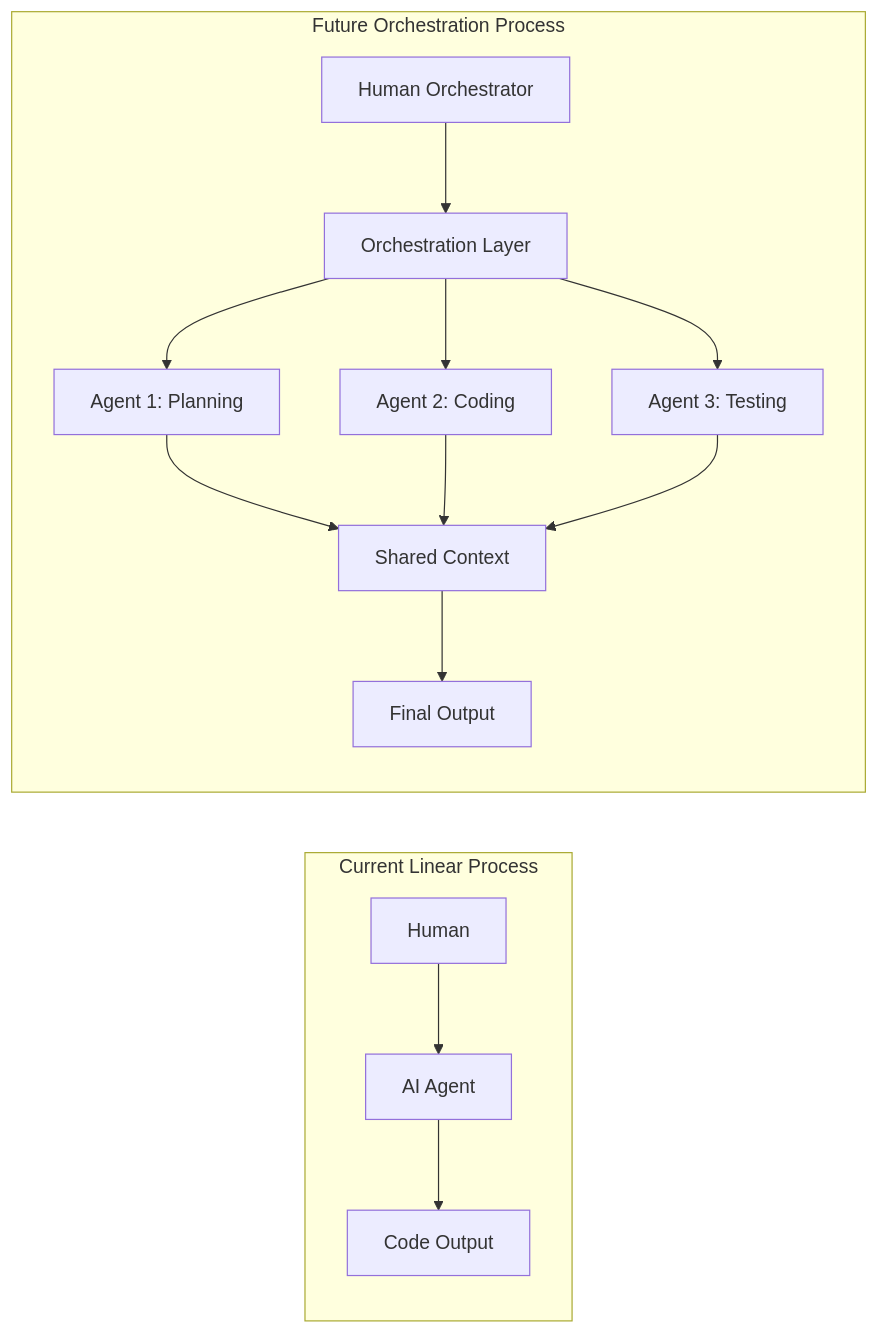
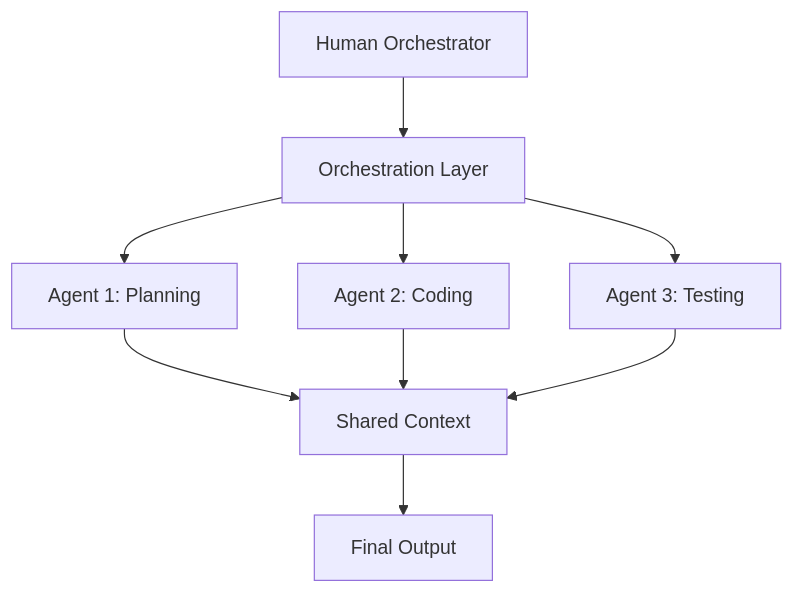
One commit to nibzard/nibzard-web changed the second of 3 diagrams in src/content/log/ai-bottleneck.md. Above: the diagram before and after it, drawn with Mermaid. The commit also changed other lines of this file, not shown here.

First line of the commit message:
fix: resolve Mermaid diagram syntax errors and improve layout

````diff
--- a/src/content/log/ai-bottleneck.md
+++ b/src/content/log/ai-bottleneck.md
@@ -61,18 +68,12 @@
 ```mermaid
 %%{init: {'theme': 'dark', 'themeVariables': { 'primaryColor': '#1f2937', 'primaryBorderColor': '#374151', 'primaryTextColor': '#f3f4f6', 'lineColor': '#6b7280', 'sectionBkgColor': '#111827', 'tertiaryColor': '#1f2937' }}%%
-graph LR
-    subgraph Current Linear Process
-        H1[Human] --> A1[AI Agent] --> C1[Code Output]
-    end
-
-    subgraph Future Orchestration Process
-        H2[Human Orchestrator] --> O[Orchestration Layer]
-        O --> A2[Agent 1: Planning]
-        O --> A3[Agent 2: Coding]
-        O --> A4[Agent 3: Testing]
-        A2 --> S[Shared Context]
-        A3 --> S
-        A4 --> S
-        S --> F[Final Output]
-    end
+graph TD
+    H[Human Orchestrator] --> O[Orchestration Layer]
+    O --> A1[Agent 1: Planning]
+    O --> A2[Agent 2: Coding]
+    O --> A3[Agent 3: Testing]
+    A1 --> S[Shared Context]
+    A2 --> S
+    A3 --> S
+    S --> F[Final Output]
 ```
````
